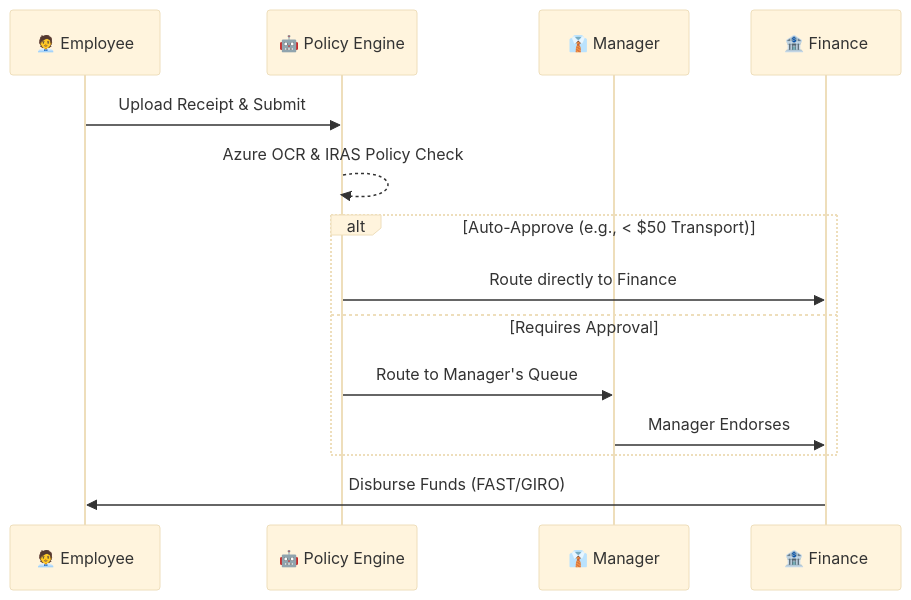
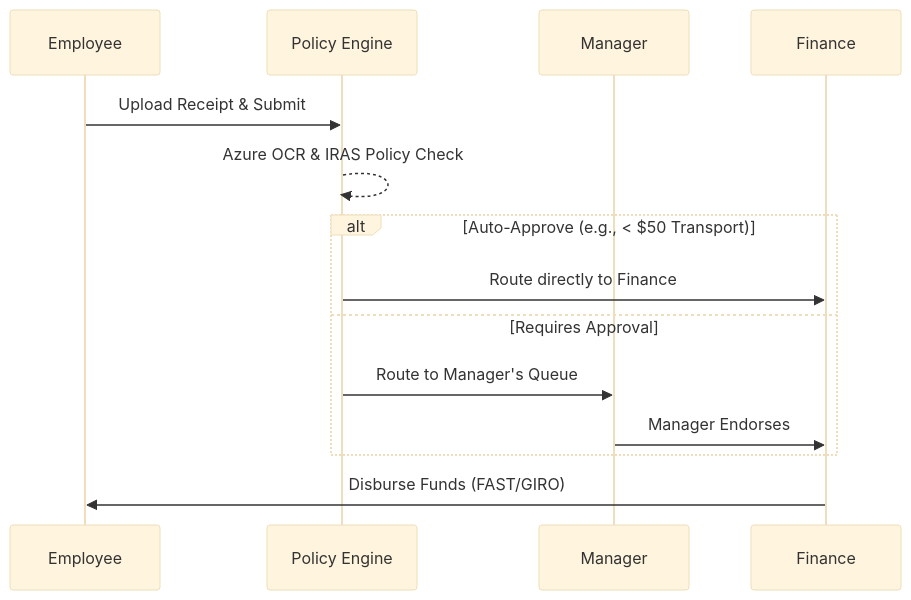
One commit to thiozhaosheng/ClaimFlow changed the second of 3 diagrams in README.md. Above: the diagram before and after it, drawn with Mermaid (base theme). The commit also changed other lines of this file, not shown here.

````diff
--- a/README.md
+++ b/README.md
@@ -45,18 +45,18 @@
 ```mermaid
 sequenceDiagram
-    participant E as 🧑‍💼 Employee
-    participant S as 🤖 Policy Engine
-    participant M as 👔 Manager
-    participant F as 🏦 Finance
+    participant E as Employee
+    participant S as Policy Engine
+    participant M as Manager
+    participant F as Finance
 
     E->>S: Upload Receipt & Submit
     S-->>S: Azure OCR & IRAS Policy Check
     
     alt Auto-Approve (e.g., < $50 Transport)
         S->>F: Route directly to Finance
     else Requires Approval
         S->>M: Route to Manager's Queue
         M->>F: Manager Endorses
     end
     F->>E: Disburse Funds (FAST/GIRO)
 ```
````
